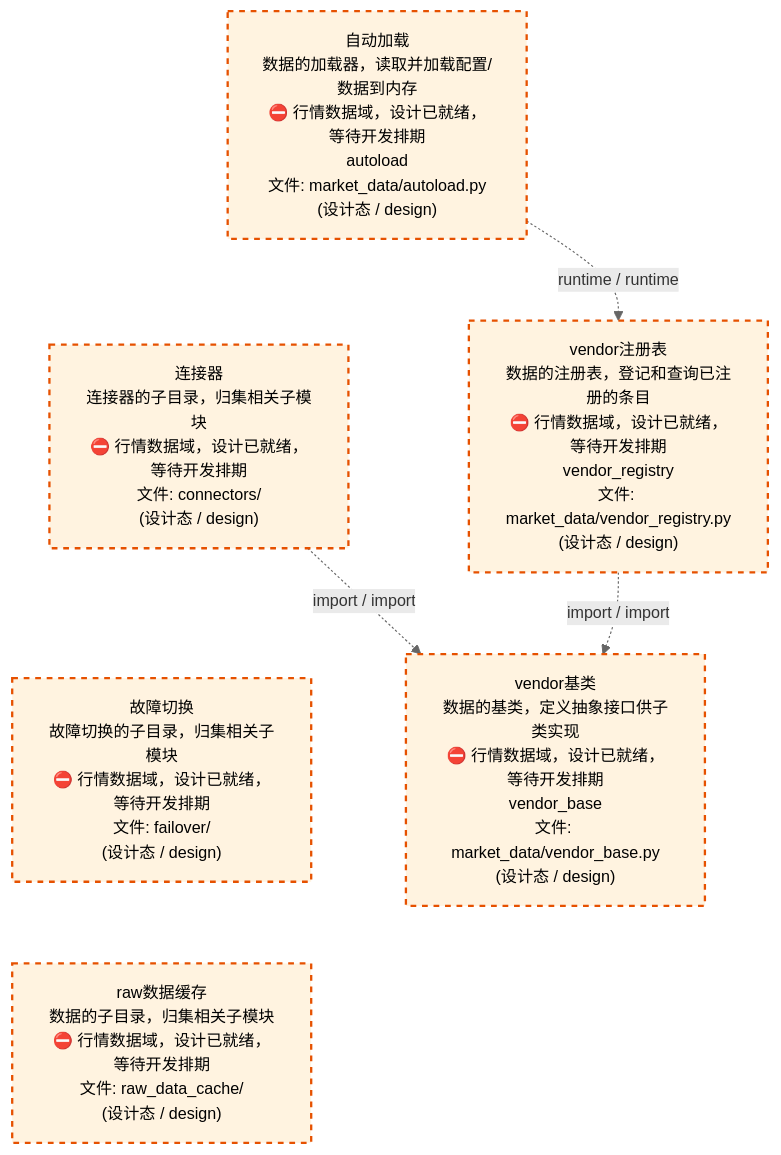
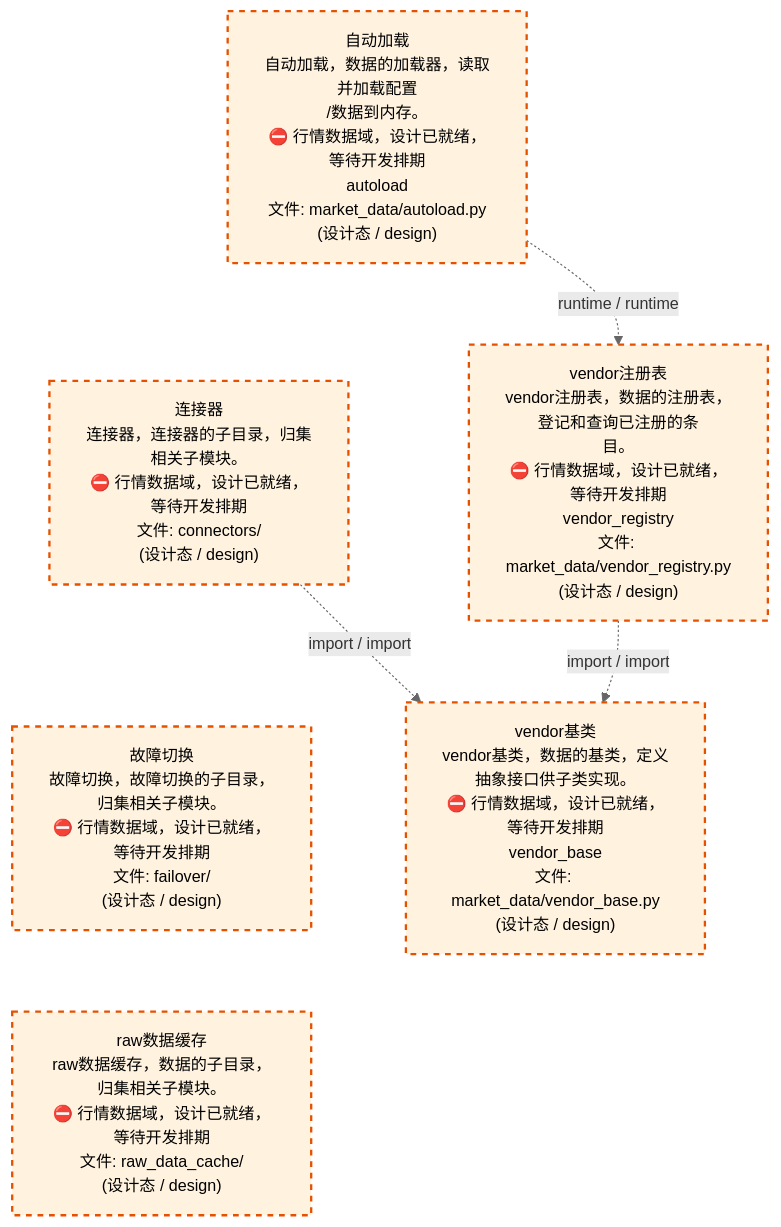
The third of 4 diagrams in docs/02_enterprise_architecture/02_domain_architecture_docs/23_d_mkt_data.md (xuanFelixVan/ZephyrAlpha), drawn with Mermaid before and after one commit. The commit also changed other lines of this file and 61 other files, not shown here.

````diff
--- a/docs/02_enterprise_architecture/02_domain_architecture_docs/23_d_mkt_data.md
+++ b/docs/02_enterprise_architecture/02_domain_architecture_docs/23_d_mkt_data.md
@@ -143,21 +143,21 @@
 ```mermaid
 %%{init: {'theme': 'base', 'themeVariables': {'primaryColor': '#eaeaea', 'primaryTextColor': '#333333', 'primaryBorderColor': '#666666', 'lineColor': '#666666', 'secondaryColor': '#eaeaea', 'tertiaryColor': '#eaeaea', 'fontSize': '14px'}}}%%
 flowchart TD
-    src_zephyr_market_data_autoload_py["自动加载<br/>数据的加载器，读取并加载配置/数据到内存<br/>⛔ 行情数据域，设计已就绪，等待开发排期<br/>autoload<br/>文件: market_data/autoload.py<br/>(设计态 / design)"]
-    src_zephyr_market_data_connectors["连接器<br/>连接器的子目录，归集相关子模块<br/>⛔ 行情数据域，设计已就绪，等待开发排期<br/>文件: connectors/<br/>(设计态 / design)"]
-    src_zephyr_market_data_failover["故障切换<br/>故障切换的子目录，归集相关子模块<br/>⛔ 行情数据域，设计已就绪，等待开发排期<br/>文件: failover/<br/>(设计态 / design)"]
-    src_zephyr_market_data_raw_data_cache["raw数据缓存<br/>数据的子目录，归集相关子模块<br/>⛔ 行情数据域，设计已就绪，等待开发排期<br/>文件: raw_data_cache/<br/>(设计态 / design)"]
+    src_zephyr_market_data_autoload_py["自动加载<br/>自动加载，数据的加载器，读取并加载配置<br/>/数据到内存。<br/>⛔ 行情数据域，设计已就绪，等待开发排期<br/>autoload<br/>文件: market_data/autoload.py<br/>(设计态 / design)"]
+    src_zephyr_market_data_connectors["连接器<br/>连接器，连接器的子目录，归集相关子模块。<br/>⛔ 行情数据域，设计已就绪，等待开发排期<br/>文件: connectors/<br/>(设计态 / design)"]
+    src_zephyr_market_data_failover["故障切换<br/>故障切换，故障切换的子目录，归集相关子模块。<br/>⛔ 行情数据域，设计已就绪，等待开发排期<br/>文件: failover/<br/>(设计态 / design)"]
+    src_zephyr_market_data_raw_data_cache["raw数据缓存<br/>raw数据缓存，数据的子目录，归集相关子模块。<br/>⛔ 行情数据域，设计已就绪，等待开发排期<br/>文件: raw_data_cache/<br/>(设计态 / design)"]
     src_zephyr_market_data_autoload_py ~~~ src_zephyr_market_data_connectors
     src_zephyr_market_data_connectors ~~~ src_zephyr_market_data_failover
     src_zephyr_market_data_failover ~~~ src_zephyr_market_data_raw_data_cache
-    src_zephyr_market_data_vendor_registry_py["vendor注册表<br/>数据的注册表，登记和查询已注册的条目<br/>⛔ 行情数据域，设计已就绪，等待开发排期<br/>vendor_registry<br/>文件: market_data/vendor_registry.py<br/>(设计态 / design)"]
-    src_zephyr_market_data_vendor_base_py["vendor基类<br/>数据的基类，定义抽象接口供子类实现<br/>⛔ 行情数据域，设计已就绪，等待开发排期<br/>vendor_base<br/>文件: market_data/vendor_base.py<br/>(设计态 / design)"]
+    src_zephyr_market_data_vendor_registry_py["vendor注册表<br/>vendor注册表，数据的注册表，登记和查询已注册的条<br/>目。<br/>⛔ 行情数据域，设计已就绪，等待开发排期<br/>vendor_registry<br/>文件: market_data/vendor_registry.py<br/>(设计态 / design)"]
+    src_zephyr_market_data_vendor_base_py["vendor基类<br/>vendor基类，数据的基类，定义抽象接口供子类实现。<br/>⛔ 行情数据域，设计已就绪，等待开发排期<br/>vendor_base<br/>文件: market_data/vendor_base.py<br/>(设计态 / design)"]
     src_zephyr_market_data_vendor_registry_py -.->|import / import| src_zephyr_market_data_vendor_base_py
     src_zephyr_market_data_connectors -.->|import / import| src_zephyr_market_data_vendor_base_py
     src_zephyr_market_data_autoload_py -.->|runtime / runtime| src_zephyr_market_data_vendor_registry_py
     classDef production fill:#e1f5fe,stroke:#01579b,stroke-width:2px,color:#000
     classDef design fill:#fff3e0,stroke:#e65100,stroke-width:2px,color:#000,stroke-dasharray: 5 5
     classDef external_prod fill:#e8f4fd,stroke:#0277bd,stroke-width:1px,color:#000
     classDef external_design fill:#fff8e7,stroke:#ef6c00,stroke-width:1px,color:#000,stroke-dasharray: 5 5
     class src_zephyr_market_data_autoload_py,src_zephyr_market_data_connectors,src_zephyr_market_data_failover,src_zephyr_market_data_raw_data_cache,src_zephyr_market_data_vendor_base_py,src_zephyr_market_data_vendor_registry_py design
 ```
````
